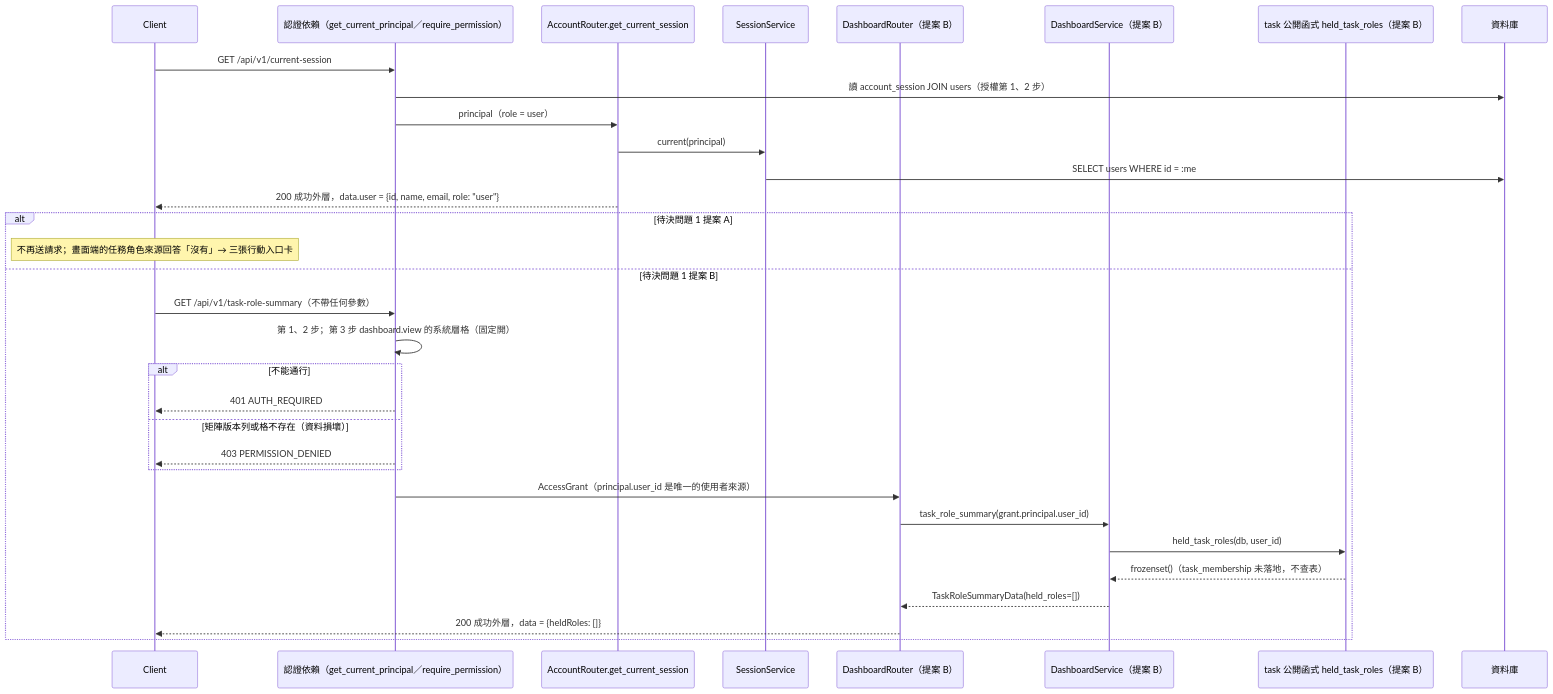
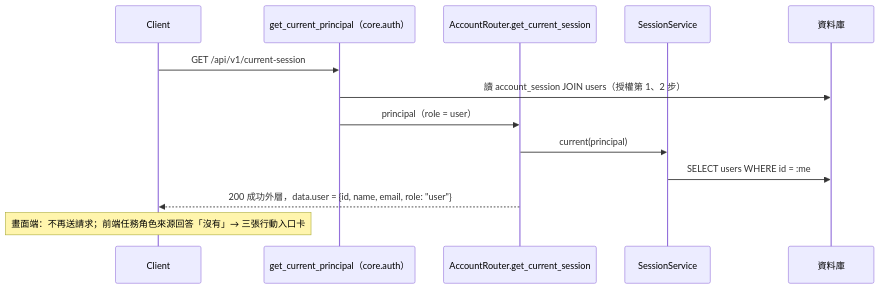
One commit to label-suite/label-suite changed the fourth of 6 diagrams in openspec/changes/dashboard-shell/system-design.md. Above: the diagram before and after it, drawn with Mermaid. The commit also changed other lines of this file and 3 other files, not shown here.

````diff
--- a/openspec/changes/dashboard-shell/system-design.md
+++ b/openspec/changes/dashboard-shell/system-design.md
@@ -246,34 +163,15 @@
 ```mermaid
 sequenceDiagram
   participant C as Client
-  participant G as 認證依賴（get_current_principal／require_permission）
+  participant G as get_current_principal（core.auth）
   participant AR as AccountRouter.get_current_session
   participant AS as SessionService
-  participant DR as DashboardRouter（提案 B）
-  participant DS as DashboardService（提案 B）
-  participant T as task 公開函式 held_task_roles（提案 B）
   participant DB as 資料庫
   C->>G: GET /api/v1/current-session
   G->>DB: 讀 account_session JOIN users（授權第 1、2 步）
   G->>AR: principal（role = user）
   AR->>AS: current(principal)
   AS->>DB: SELECT users WHERE id = :me
   AR-->>C: 200 成功外層，data.user = {id, name, email, role: "user"}
-  alt 待決問題 1 提案 A
-    Note over C: 不再送請求；畫面端的任務角色來源回答「沒有」→ 三張行動入口卡
-  else 待決問題 1 提案 B
-    C->>G: GET /api/v1/task-role-summary（不帶任何參數）
-    G->>G: 第 1、2 步；第 3 步 dashboard.view 的系統層格（固定開）
-    alt 不能通行
-      G-->>C: 401 AUTH_REQUIRED
-    else 矩陣版本列或格不存在（資料損壞）
-      G-->>C: 403 PERMISSION_DENIED
-    end
-    G->>DR: AccessGrant（principal.user_id 是唯一的使用者來源）
-    DR->>DS: task_role_summary(grant.principal.user_id)
-    DS->>T: held_task_roles(db, user_id)
-    T-->>DS: frozenset()（task_membership 未落地，不查表）
-    DS-->>DR: TaskRoleSummaryData(held_roles=[])
-    DR-->>C: 200 成功外層，data = {heldRoles: []}
-  end
+  Note over C: 畫面端：不再送請求；前端任務角色來源回答「沒有」→ 三張行動入口卡
 ```
````
